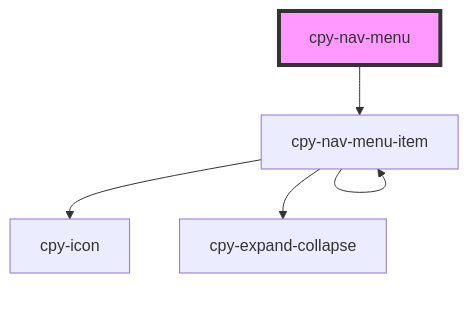
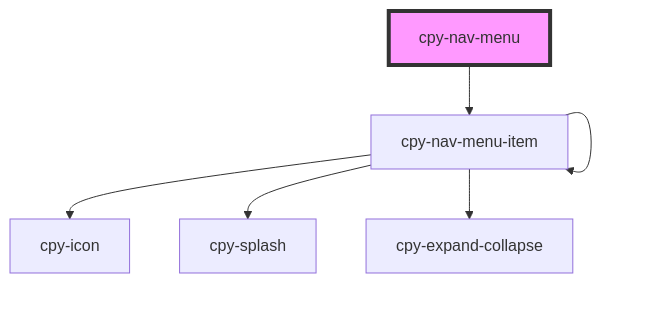
Before and after one commit to Lith1um/Canopy-Stencil: the diagram in stencil-lib/src/components/nav-menu/readme.md, drawn with Mermaid. The commit also changed 152 other files, not shown here.

````diff
--- a/stencil-lib/src/components/nav-menu/readme.md
+++ b/stencil-lib/src/components/nav-menu/readme.md
@@ -22,8 +22,9 @@
 ```mermaid
 graph TD;
   cpy-nav-menu --> cpy-nav-menu-item
   cpy-nav-menu-item --> cpy-icon
+  cpy-nav-menu-item --> cpy-splash
   cpy-nav-menu-item --> cpy-nav-menu-item
   cpy-nav-menu-item --> cpy-expand-collapse
   style cpy-nav-menu fill:#f9f,stroke:#333,stroke-width:4px
 ```
````
